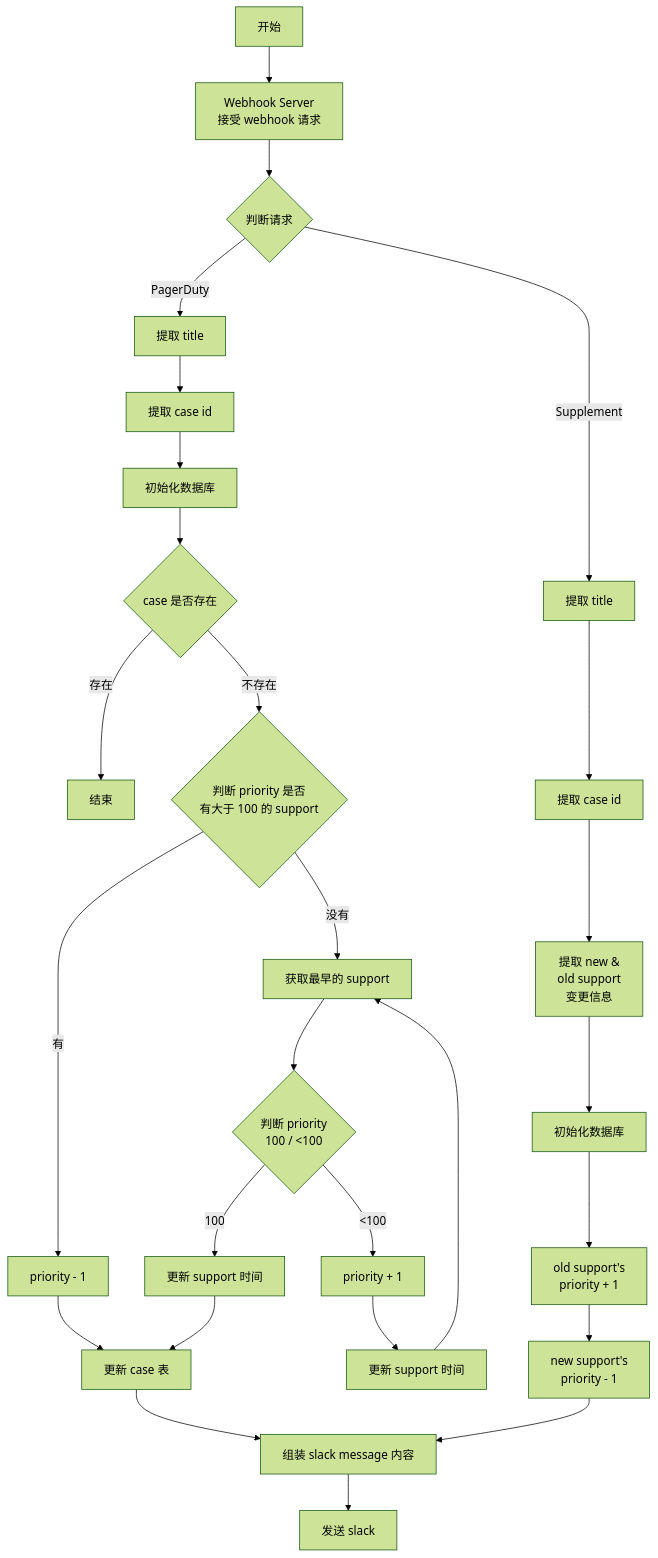
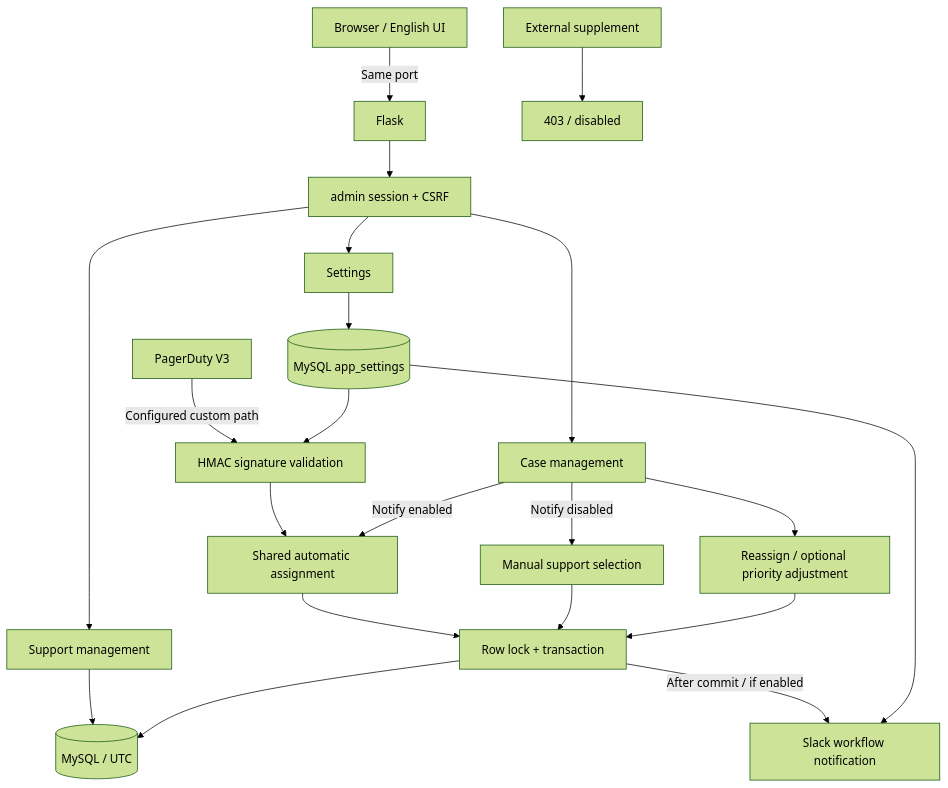
The diagram in Architecture.md (zerchin/case-webhook), drawn with Mermaid (forest theme) before and after one commit. The commit also changed other lines of this file and 14 other files, not shown here.

Commit message:
Add integrated admin UI and database settings for v0.6

````diff
--- a/Architecture.md
+++ b/Architecture.md
@@ -3,29 +3,23 @@
 ```mermaid
 flowchart TD
-    A[开始] --> B[Webhook Server\n接受 webhook 请求]
-    B --> C{判断请求}
-    C -->|PagerDuty| D[提取 title]
-    D --> E[提取 case id]
-    E --> F[初始化数据库]
-    F --> G{case 是否存在}
-    G -->|存在| H[结束]
-    G -->|不存在| I{判断 priority 是否\n有大于 100 的 support}
-    I -->|有| J[priority - 1]
-    J --> K[更新 case 表]
-    I -->|没有| L[获取最早的 support]
-    L --> M{判断 priority\n100 / <100}
-    M -->|100| N[更新 support 时间]
-    N --> K
-    M -->|<100| O[priority + 1]
-    O --> P[更新 support 时间]
-    P --> L
-    K --> Q[组装 slack message 内容]
-    C -->|Supplement| R[提取 title]
-    R --> S[提取 case id]
-    S --> T[提取 new &\nold support\n变更信息]
-    T --> U[初始化数据库]
-    U --> V[old support's\npriority + 1]
-    V --> W[new support's\npriority - 1]
-    W --> Q
-    Q --> X[发送 slack]
+    Browser[Browser / English UI] -->|Same port| Flask[Flask]
+    Flask --> Login[admin session + CSRF]
+    Login --> Support[Support management]
+    Login --> Cases[Case management]
+    Login --> Settings[Settings]
+    Settings --> Config[(MySQL app_settings)]
+    PD[PagerDuty V3] -->|Configured custom path| Signature[HMAC signature validation]
+    Signature --> Auto[Shared automatic assignment]
+    Cases -->|Notify enabled| Auto
+    Cases -->|Notify disabled| Manual[Manual support selection]
+    Cases --> Reassign[Reassign / optional priority adjustment]
+    Support --> DB[(MySQL / UTC)]
+    Auto --> Transaction[Row lock + transaction]
+    Manual --> Transaction
+    Reassign --> Transaction
+    Transaction --> DB
+    Transaction -->|After commit / if enabled| Slack[Slack workflow notification]
+    Config --> Signature
+    Config --> Slack
+    External[External supplement] --> Rejected[403 / disabled]
 ```
````
